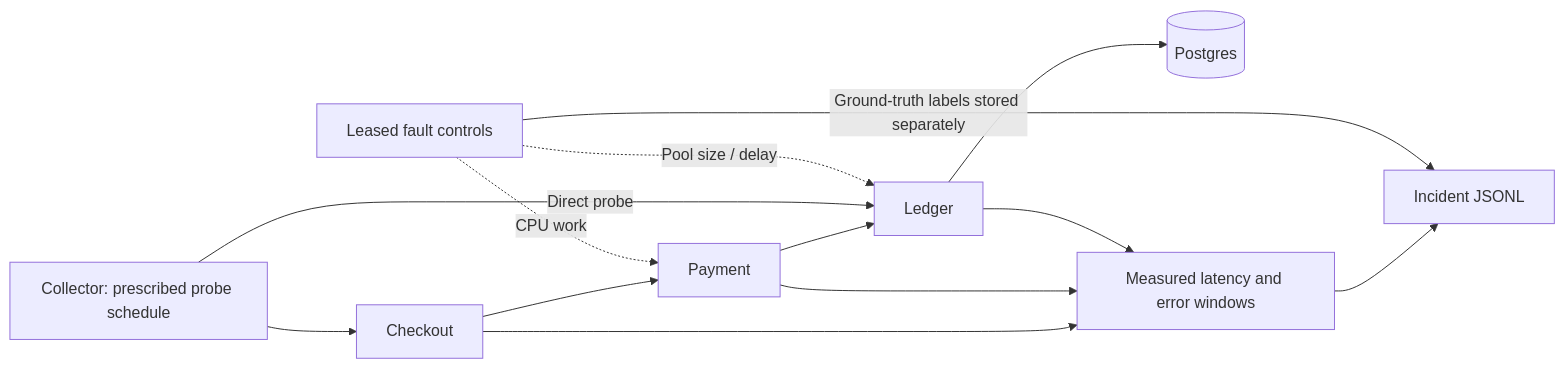
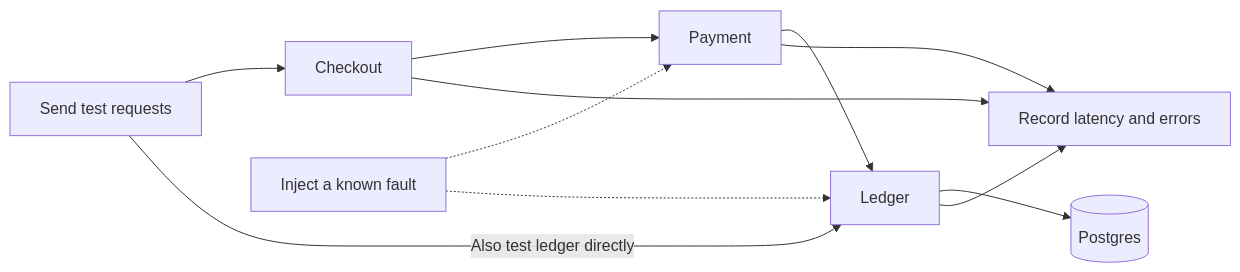
Before and after one commit to rnishtala/systems-world-model: the first of 3 diagrams in docs/TRAINING.md, drawn with Mermaid. The commit also changed other lines of this file, not shown here.

````diff
--- a/docs/TRAINING.md
+++ b/docs/TRAINING.md
@@ -9,13 +15,11 @@
 ```mermaid
 flowchart LR
-    C[Collector: prescribed probe schedule] --> A[Checkout]
-    A --> B[Payment]
-    B --> L[Ledger]
-    C -->|Direct probe| L
+    P[Send test requests] --> C[Checkout]
+    C --> PAY[Payment]
+    PAY --> L[Ledger]
     L --> DB[(Postgres)]
-    F[Leased fault controls] -.->|CPU work| B
-    F -.->|Pool size / delay| L
-    A & B & L --> T[Measured latency and error windows]
-    T --> J[Incident JSONL]
-    F -->|Ground-truth labels stored separately| J
+    P -->|Also test ledger directly| L
+    F[Inject a known fault] -.-> PAY
+    F -.-> L
+    C & PAY & L --> T[Record latency and errors]
 ```
````
